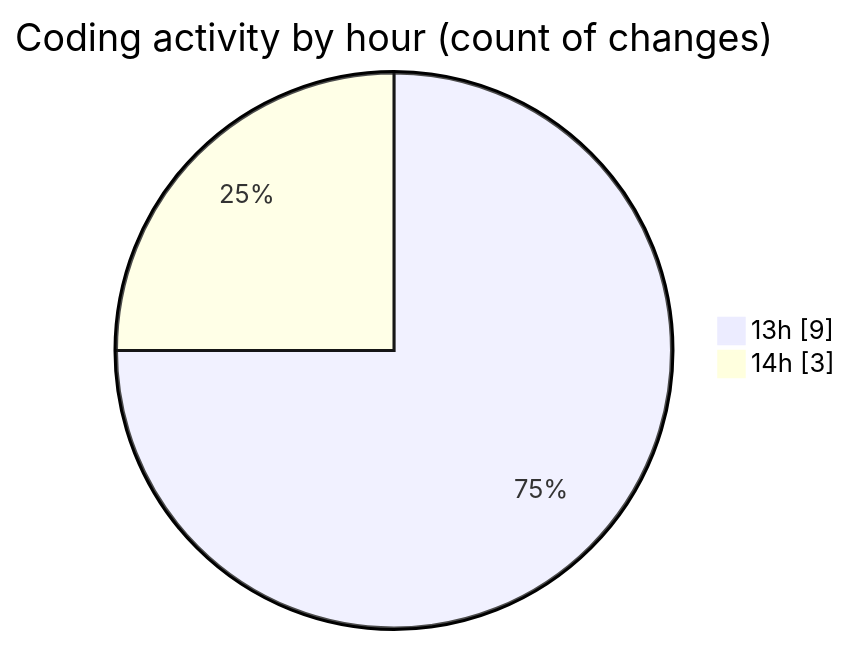
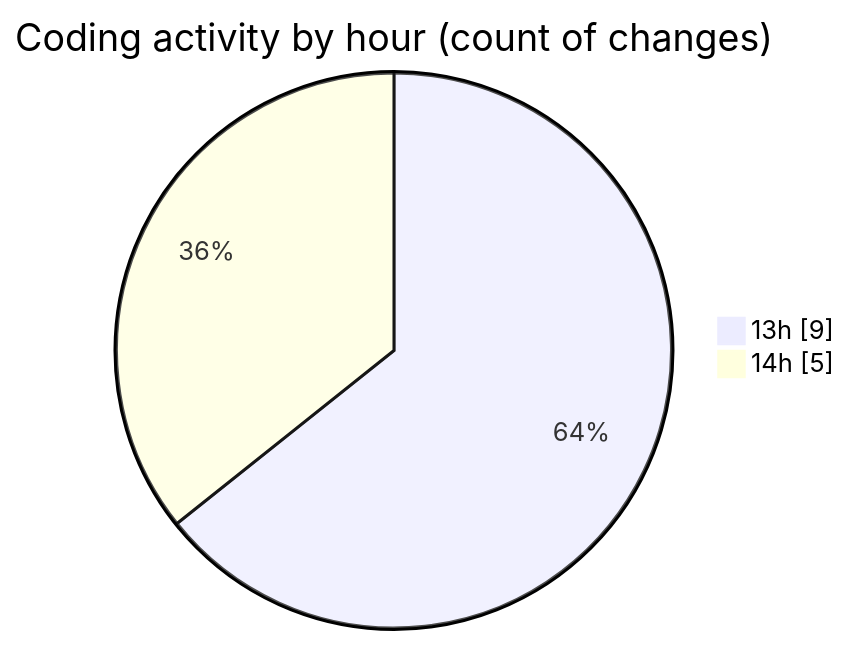
One commit to NitaiMahat/code-tracking changed the second of 2 diagrams in 2025-03-08/computer_202/README.md. Above: the diagram before and after it, drawn with Mermaid. The commit also changed other lines of this file and 1 other file, not shown here.

````diff
--- a/2025-03-08/computer_202/README.md
+++ b/2025-03-08/computer_202/README.md
@@ -30,6 +30,6 @@
 ```mermaid
 pie showData
 title Coding activity by hour (count of changes)
 "13h" : 9
-"14h" : 3
+"14h" : 5
 ```
````
